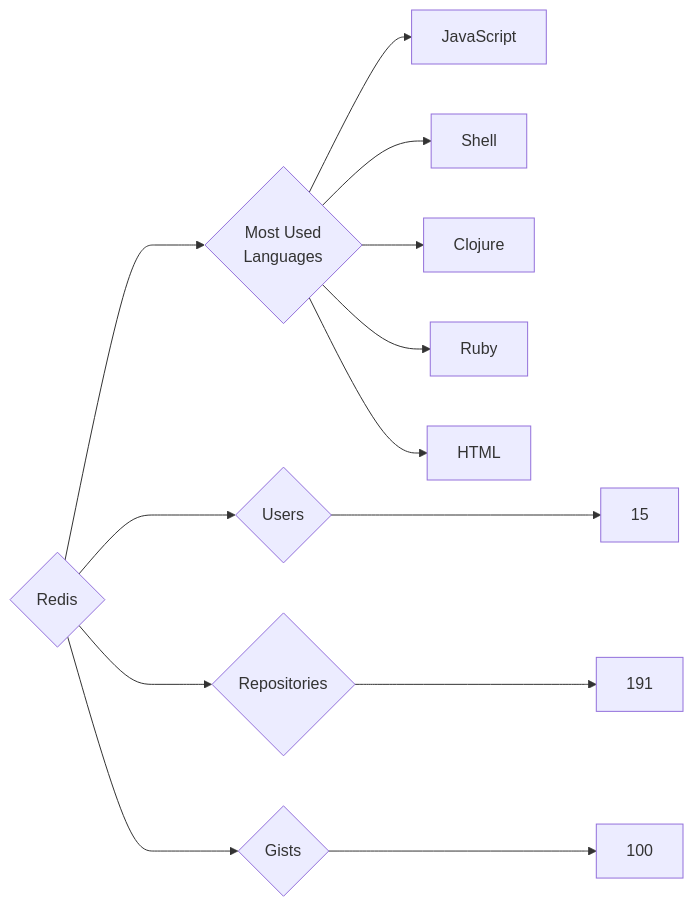
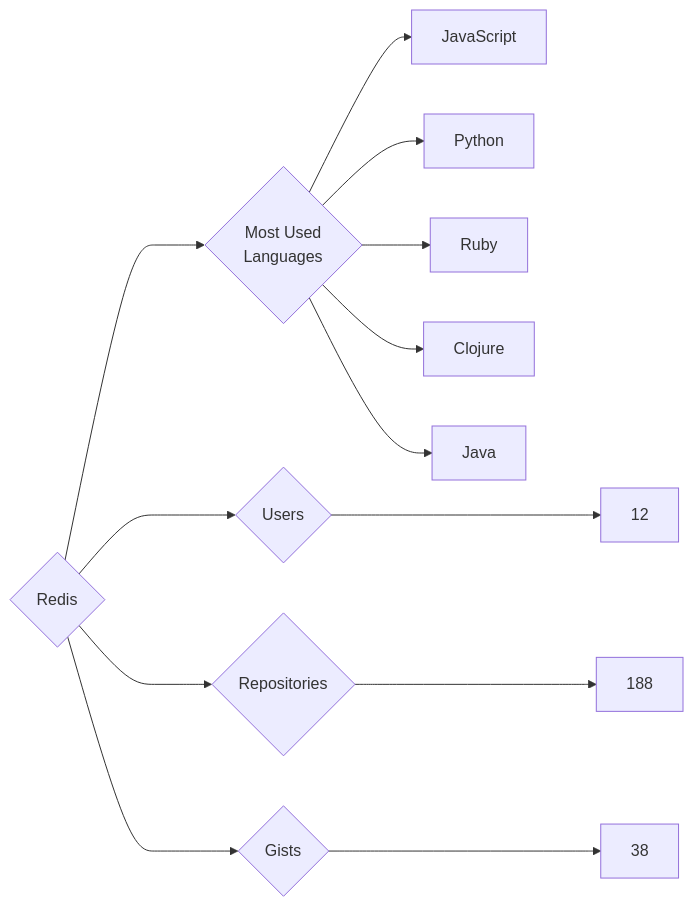
The diagram in targets/Redis/README.md (trickest/insiders), drawn with Mermaid before and after one commit. The commit also changed 964 other files, not shown here.

````diff
--- a/targets/Redis/README.md
+++ b/targets/Redis/README.md
@@ -3,13 +3,13 @@
 ```mermaid
 graph LR
 COMPANY_NAME{Redis}
-COMPANY_NAME ---> U{Users} ---> UN[15]
-COMPANY_NAME ---> R{Repositories} ---> RN[191]
-COMPANY_NAME ---> G{Gists} ---> GN[100]
+COMPANY_NAME ---> U{Users} ---> UN[12]
+COMPANY_NAME ---> R{Repositories} ---> RN[188]
+COMPANY_NAME ---> G{Gists} ---> GN[38]
 COMPANY_NAME ---> ML{Most Used<br>Languages}
 ML --> JavaScript[JavaScript]
-ML --> Shell[Shell]
+ML --> Python[Python]
+ML --> Ruby[Ruby]
 ML --> Clojure[Clojure]
-ML --> Ruby[Ruby]
-ML --> HTML[HTML]
+ML --> Java[Java]
 ```
````
